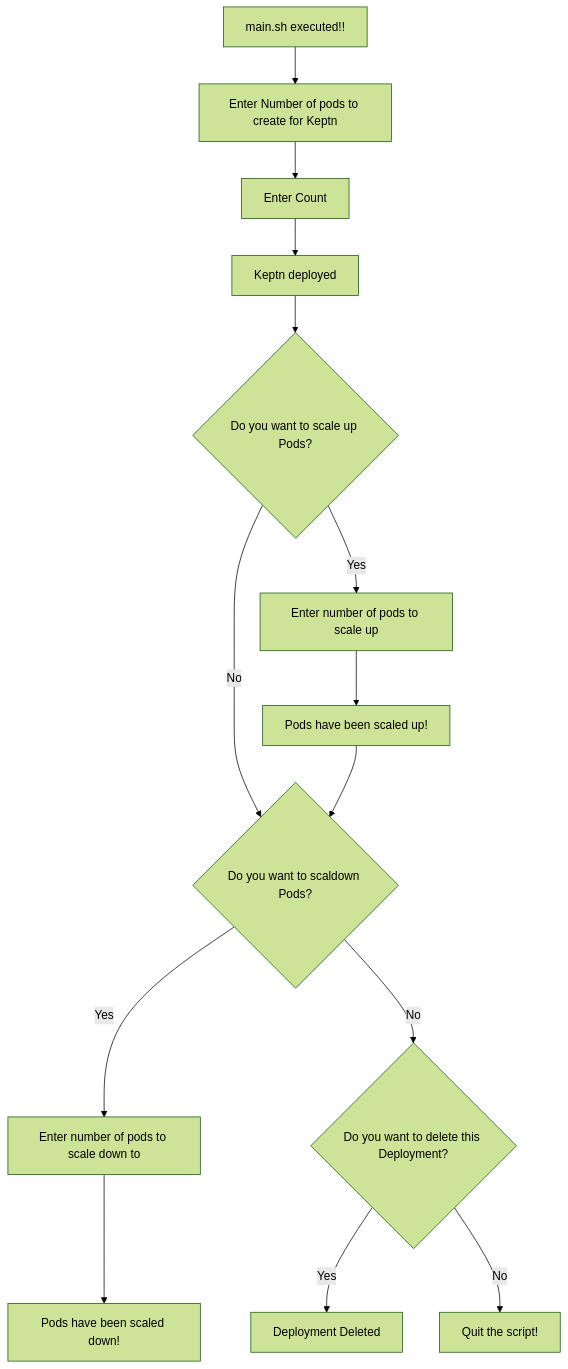
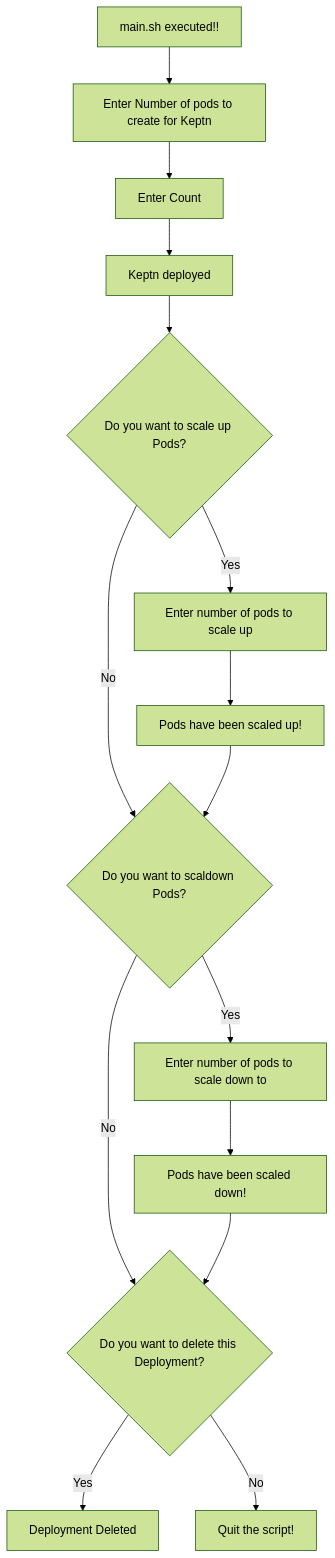
One commit to NashTech-Labs/Deploy-Keptn-using-K8s changed the diagram in README.md. Above: the diagram before and after it, drawn with Mermaid (forest theme).

Commit message:
Updated Template

````diff
--- a/README.md
+++ b/README.md
@@ -38,17 +38,18 @@
 ```mermaid
 flowchart TD
     A[main.sh executed!!];
     A --> B[Enter Number of pods to create for Keptn];
     B --> C[Enter Count];
     C --> D[Keptn deployed];
     D --> E{Do you want to scale up Pods?};
     E -- Yes --> F[Enter number of pods to scale up];
     F --> G[Pods have been scaled up!]
     E -- No --> H{Do you want to scaldown Pods?};
     G --> H{Do you want to scaldown Pods?};
     H -- Yes --> I[Enter number of pods to scale down to];
     I --> J[Pods have been scaled down!];
     H -- No --> K{Do you want to delete this Deployment?};
+    J --> K{Do you want to delete this Deployment?};
     K -- Yes --> L[Deployment Deleted];
     K -- No --> Z[Quit the script!];
 ```
````
